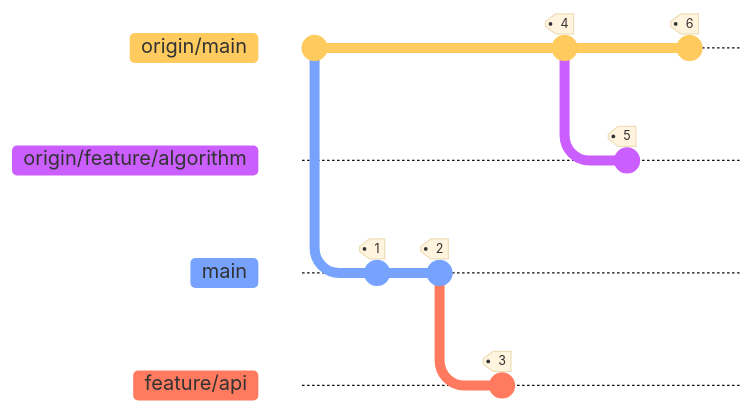
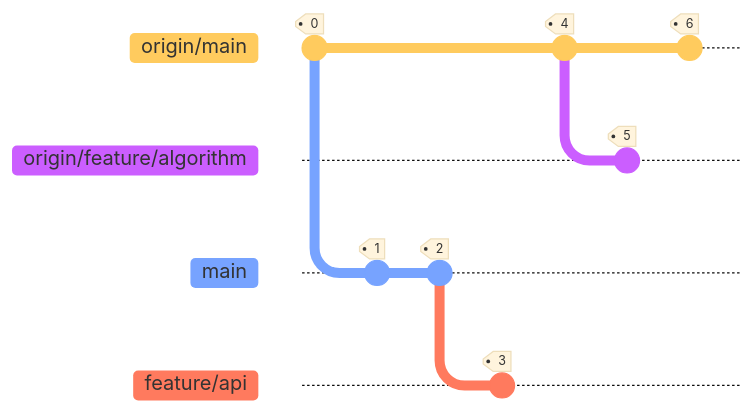
The diagram in docs/remote_repos/remote_branches.md (LPvdT/git-for-colleagues), drawn with Mermaid before and after one commit. The commit also changed other lines of this file and 2 other files, not shown here. Commit ids are hidden.

````diff
--- a/docs/remote_repos/remote_branches.md
+++ b/docs/remote_repos/remote_branches.md
@@ -40,16 +33,16 @@
 ```mermaid
 %%{init: { 'logLevel': 'debug', 'theme': 'base', 'gitGraph': {'showBranches': true, 'showCommitLabel': false, 'mainBranchName': 'origin/main'}} }%%
 gitGraph
-  commit
+  commit tag: "0"
   branch main order: 2
   commit tag: "1"
   commit tag: "2"
   branch feature/api order: 3
   commit tag: "3"
   checkout origin/main
   commit tag: "4"
   branch origin/feature/algorithm order: 1
   commit tag: "5"
   checkout origin/main
   commit tag: "6"
 ```
````
